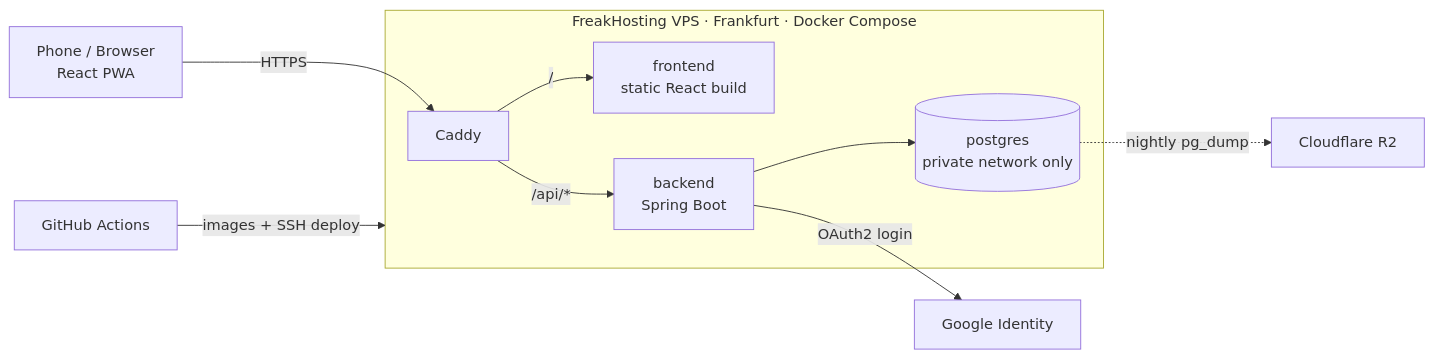
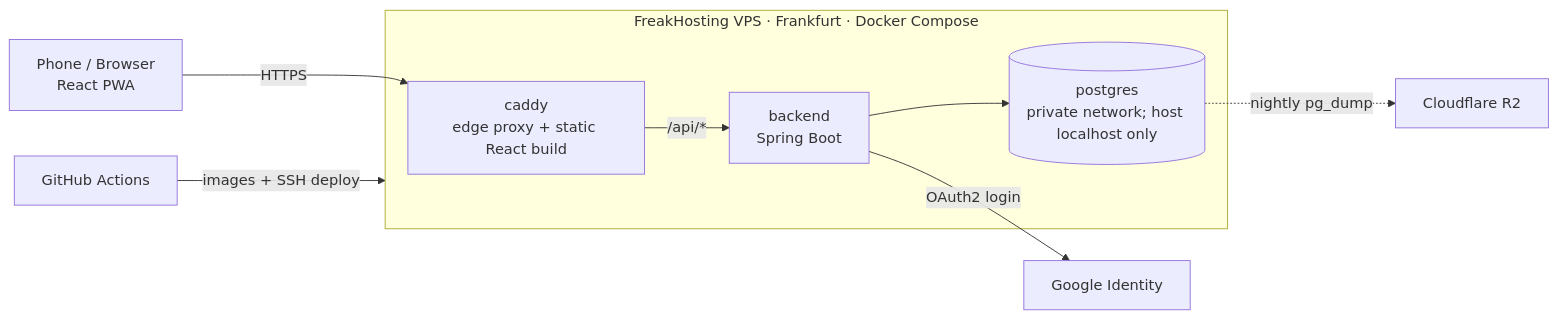
One commit to luca-impruvius/quode changed the diagram in docs/architecture.md. Above: the diagram before and after it, drawn with Mermaid. The commit also changed other lines of this file and 20 other files, not shown here.

First line of the commit message:
feat(infra): production stack: images, compose, Caddy, read-only role (#51)

````diff
--- a/docs/architecture.md
+++ b/docs/architecture.md
@@ -26,12 +26,12 @@
 ```mermaid
 flowchart LR
-  U["Phone / Browser<br>React PWA"] -->|"HTTPS"| C["Caddy"]
+  U["Phone / Browser<br>React PWA"] -->|"HTTPS"| C["caddy<br>edge proxy + static React build"]
   subgraph VPS["FreakHosting VPS · Frankfurt · Docker Compose"]
-    C -->|"/"| FE["frontend<br>static React build"]
+    C
     C -->|"/api/*"| BE["backend<br>Spring Boot"]
-    BE --> DB[("postgres<br>private network only")]
+    BE --> DB[("postgres<br>private network; host localhost only")]
   end
   BE -->|OAuth2 login| G["Google Identity"]
   DB -.->|nightly pg_dump| BK["Cloudflare R2"]
   GH["GitHub Actions"] -->|"images + SSH deploy"| VPS
 ```
````
